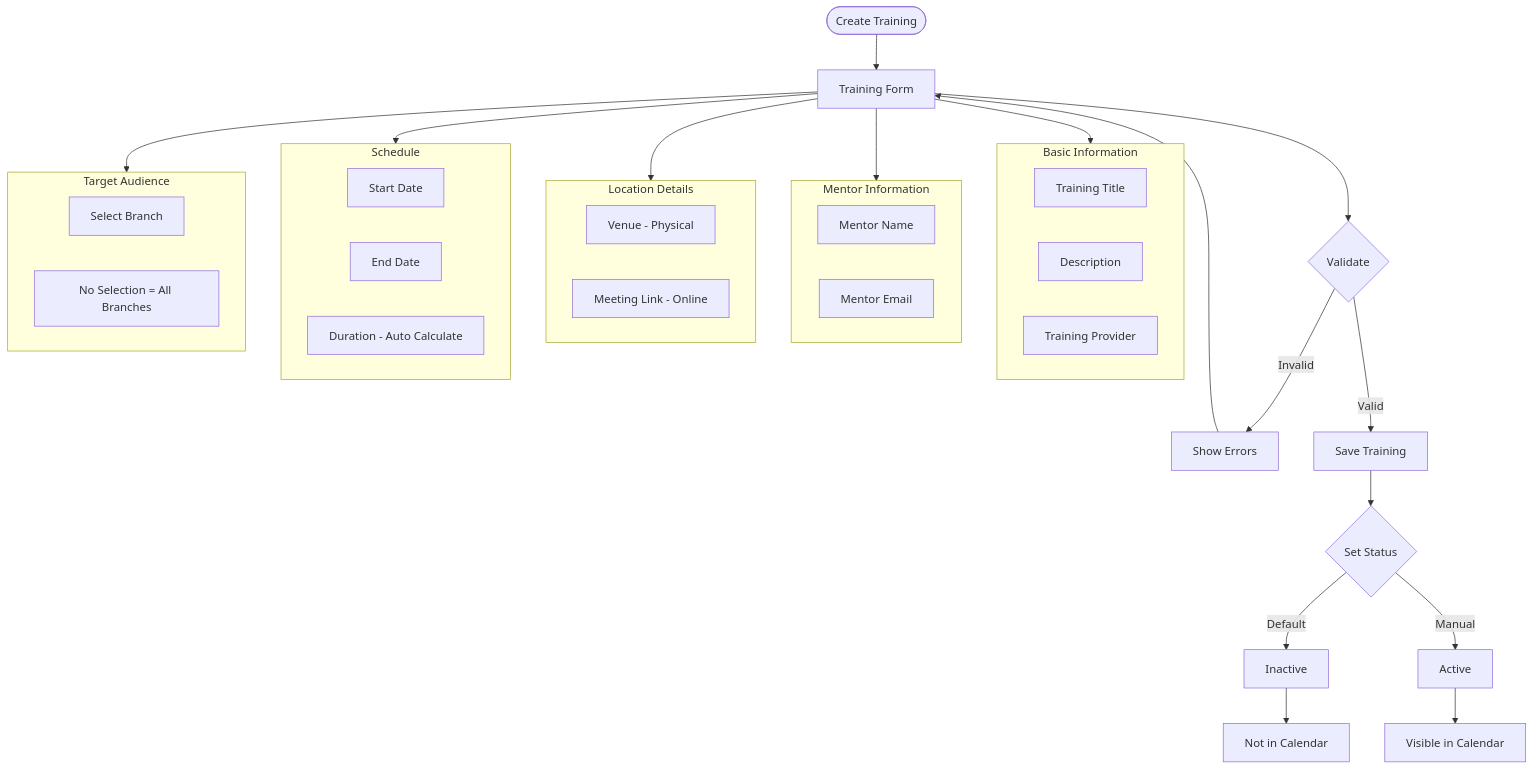
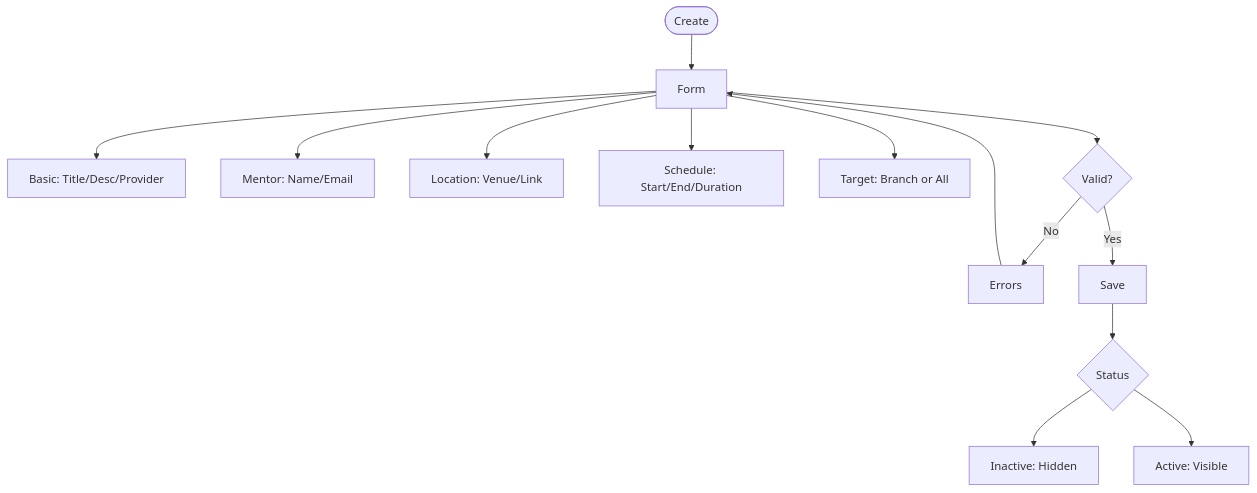
One commit to gunjangupta-gh/placeintern changed the seventh of 49 diagrams in TRAINING_CALENDAR_FLOW_DIAGRAMS.md. Above: the diagram before and after it, drawn with Mermaid. The commit also changed other lines of this file and 6 other files, not shown here.

````diff
--- a/TRAINING_CALENDAR_FLOW_DIAGRAMS.md
+++ b/TRAINING_CALENDAR_FLOW_DIAGRAMS.md
@@ -274,49 +134,14 @@
 ```mermaid
 flowchart TD
-    CREATE([Create Training]) --> FORM[Training Form]
-
-    subgraph BasicInfo["Basic Information"]
-        TITLE[Training Title]
-        DESC[Description]
-        PROVIDER[Training Provider]
-    end
-
-    subgraph MentorInfo["Mentor Information"]
-        M_NAME[Mentor Name]
-        M_EMAIL[Mentor Email]
-    end
-
-    subgraph LocationInfo["Location Details"]
-        VENUE[Venue - Physical]
-        LINK[Meeting Link - Online]
-    end
-
-    subgraph ScheduleInfo["Schedule"]
-        START_DATE[Start Date]
-        END_DATE[End Date]
-        DURATION[Duration - Auto Calculate]
-    end
-
-    subgraph TargetInfo["Target Audience"]
-        BRANCH[Select Branch]
-        ALL[No Selection = All Branches]
-    end
-
-    FORM --> BasicInfo
-    FORM --> MentorInfo
-    FORM --> LocationInfo
-    FORM --> ScheduleInfo
-    FORM --> TargetInfo
-
-    FORM --> VALIDATE{Validate}
-    VALIDATE --> |Invalid| ERROR[Show Errors]
-    ERROR --> FORM
-    VALIDATE --> |Valid| SAVE[Save Training]
-
-    SAVE --> STATUS{Set Status}
-    STATUS --> |Default| INACTIVE[Inactive]
-    STATUS --> |Manual| ACTIVE[Active]
-
-    INACTIVE --> NOT_VISIBLE[Not in Calendar]
-    ACTIVE --> VISIBLE[Visible in Calendar]
+    A([Create])-->B[Form]
+    B-->C[Basic: Title/Desc/Provider]
+    B-->D[Mentor: Name/Email]
+    B-->E[Location: Venue/Link]
+    B-->F[Schedule: Start/End/Duration]
+    B-->G[Target: Branch or All]
+    B-->H{Valid?}
+    H-->|No|I[Errors]-->B
+    H-->|Yes|J[Save]-->K{Status}
+    K-->L[Inactive: Hidden]
+    K-->M[Active: Visible]
 ```
````
